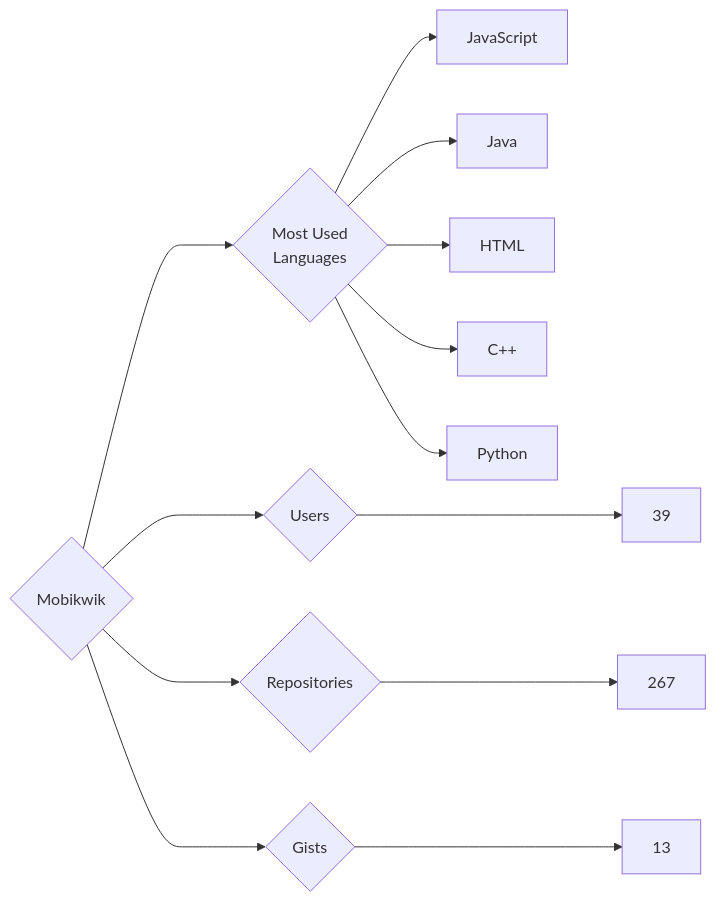
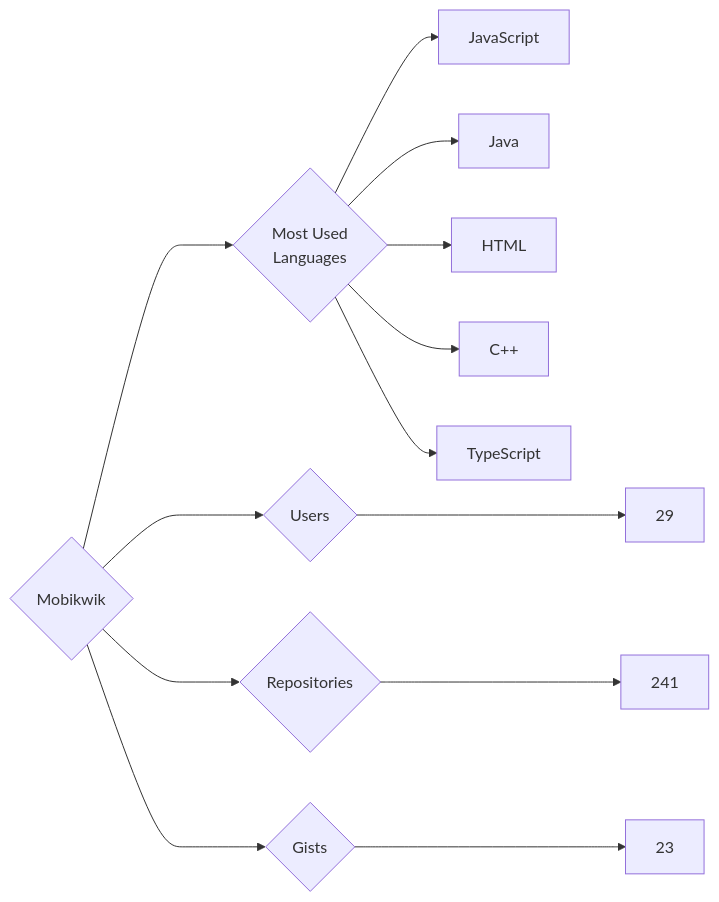
The diagram in targets/Mobikwik/README.md (trickest/insiders), drawn with Mermaid before and after one commit. The commit also changed 995 other files, not shown here.

````diff
--- a/targets/Mobikwik/README.md
+++ b/targets/Mobikwik/README.md
@@ -3,13 +3,13 @@
 ```mermaid
 graph LR
 COMPANY_NAME{Mobikwik}
-COMPANY_NAME ---> U{Users} ---> UN[39]
-COMPANY_NAME ---> R{Repositories} ---> RN[267]
-COMPANY_NAME ---> G{Gists} ---> GN[13]
+COMPANY_NAME ---> U{Users} ---> UN[29]
+COMPANY_NAME ---> R{Repositories} ---> RN[241]
+COMPANY_NAME ---> G{Gists} ---> GN[23]
 COMPANY_NAME ---> ML{Most Used<br>Languages}
 ML --> JavaScript[JavaScript]
 ML --> Java[Java]
 ML --> HTML[HTML]
 ML --> C++[C++]
-ML --> Python[Python]
+ML --> TypeScript[TypeScript]
 ```
````
